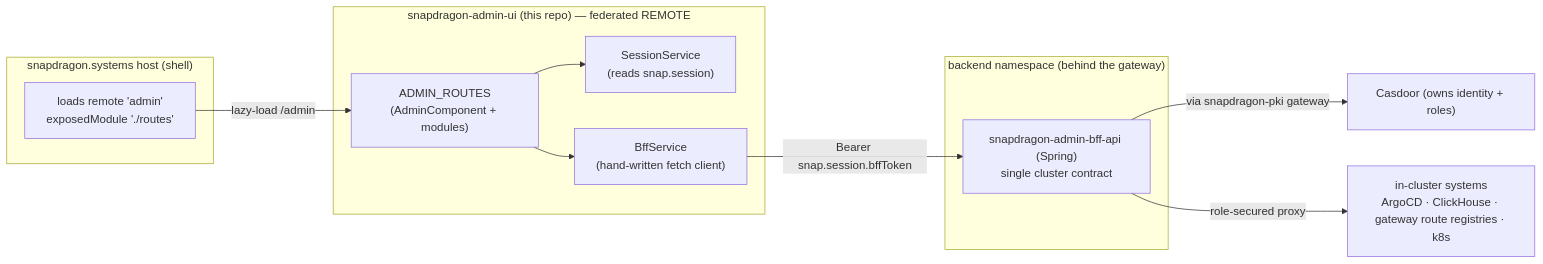
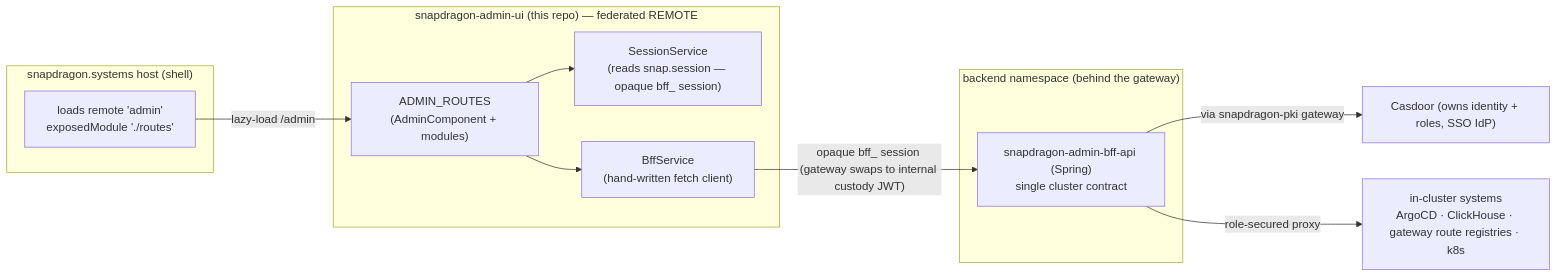
The first of 2 diagrams in README.md (hugmesh/hugmesh-admin-ui), drawn with Mermaid before and after one commit. The commit also changed other lines of this file, not shown here.

Commit message:
docs(readme): refresh current state + roadmap (auth relocation, Boot4/commons, SCG-5) (#44)

````diff
--- a/README.md
+++ b/README.md
@@ -20,26 +20,26 @@
 ```mermaid
 flowchart LR
   subgraph host["snapdragon.systems host (shell)"]
     H["loads remote 'admin'<br/>exposedModule './routes'"]
   end
 
   subgraph remote["snapdragon-admin-ui (this repo) — federated REMOTE"]
     UI["ADMIN_ROUTES<br/>(AdminComponent + modules)"]
-    SS["SessionService<br/>(reads snap.session)"]
+    SS["SessionService<br/>(reads snap.session — opaque bff_ session)"]
     BS["BffService<br/>(hand-written fetch client)"]
   end
 
   subgraph backend["backend namespace (behind the gateway)"]
     BFF["snapdragon-admin-bff-api (Spring)<br/>single cluster contract"]
   end
 
-  CAS["Casdoor (owns identity + roles)"]
+  CAS["Casdoor (owns identity + roles, SSO IdP)"]
   CLUSTER["in-cluster systems<br/>ArgoCD · ClickHouse · gateway route registries · k8s"]
 
   H -->|"lazy-load /admin"| UI
   UI --> SS
   UI --> BS
-  BS -->|"Bearer snap.session.bffToken"| BFF
+  BS -->|"opaque bff_ session (gateway swaps to internal custody JWT)"| BFF
   BFF -->|"via snapdragon-pki gateway"| CAS
   BFF -->|"role-secured proxy"| CLUSTER
 ```
````
